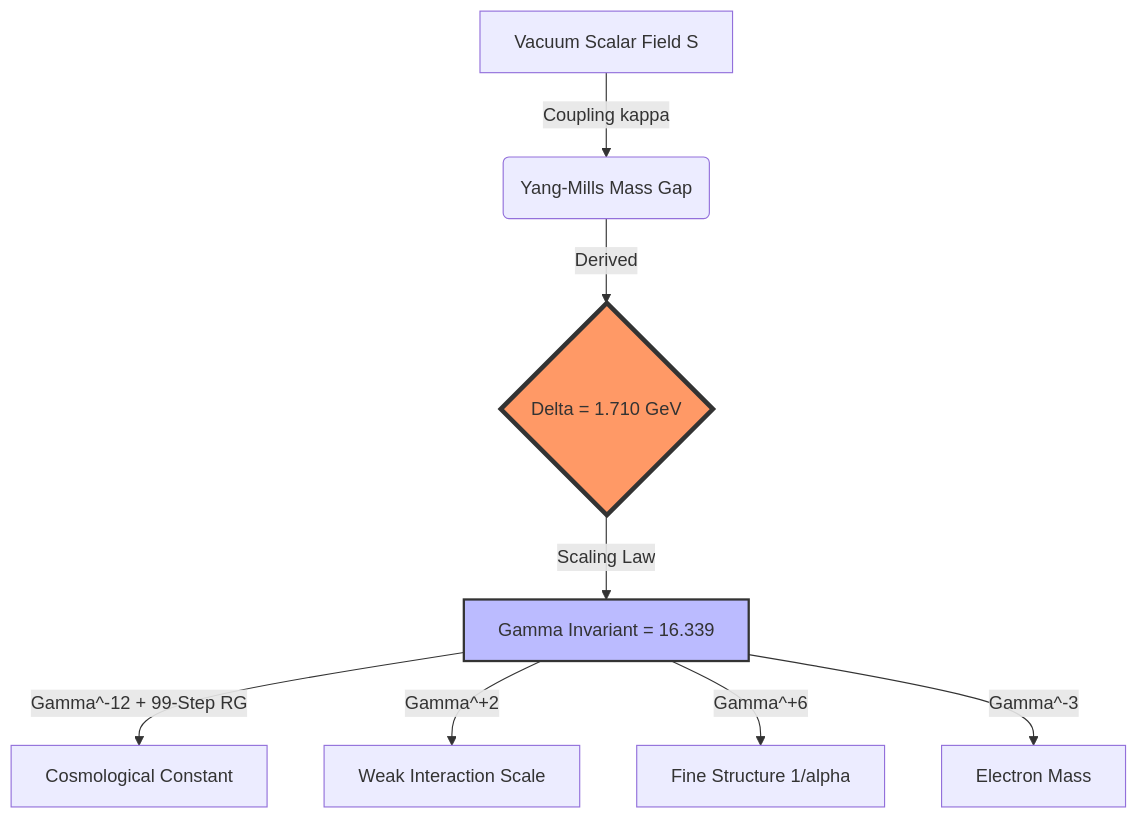
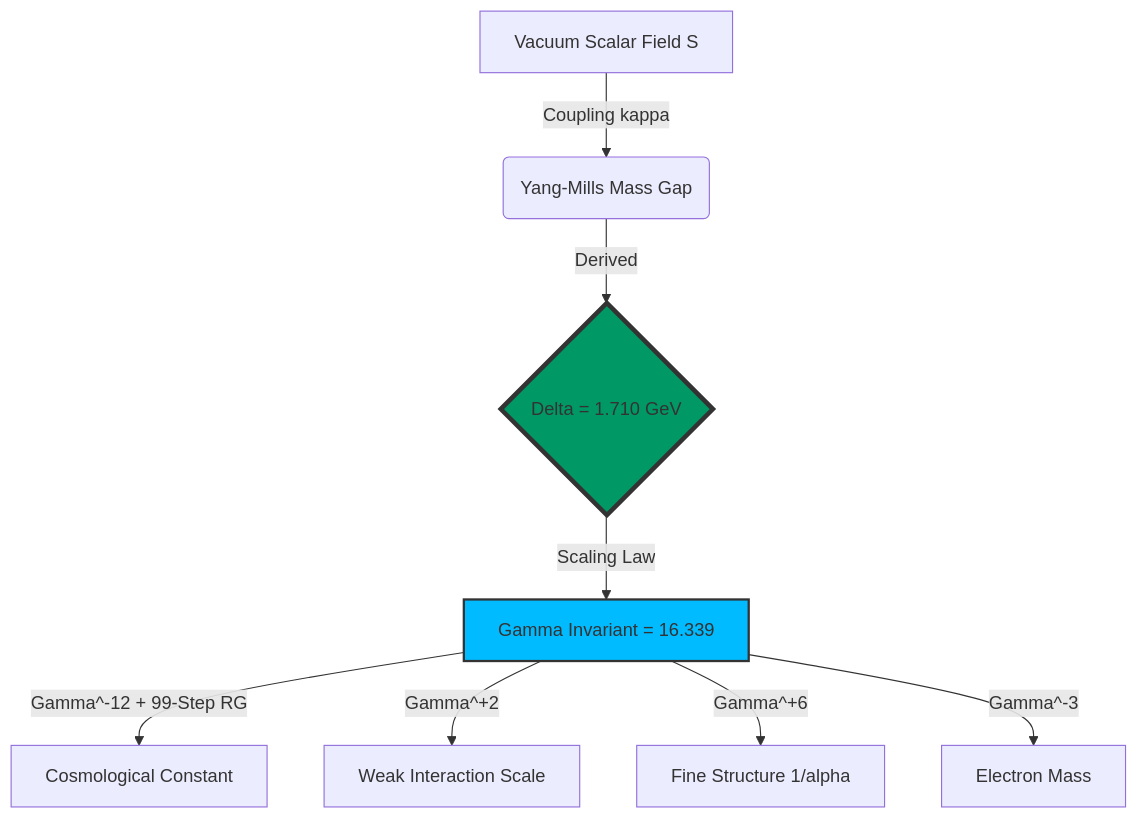
One commit to badbugsarts-hue/UIDT-Framework-V3.2-Canonical changed the diagram in README.md. Above: the diagram before and after it, drawn with Mermaid.

Commit message:
Update styles for C and D in README.md

`````diff
--- a/README.md
+++ b/README.md
@@ -52,14 +52,14 @@
 ```mermaid
 graph TD
     A[Vacuum Scalar Field S] -->|Coupling kappa| B(Yang-Mills Mass Gap);
     B -->|Derived| C{Delta = 1.710 GeV};
     C -->|Scaling Law| D[Gamma Invariant = 16.339];
     
     D -->|Gamma^-12 + 99-Step RG| E[Cosmological Constant];
     D -->|Gamma^+2| F[Weak Interaction Scale];
     D -->|Gamma^+6| G[Fine Structure 1/alpha];
     D -->|Gamma^-3| H[Electron Mass];
     
-    style C fill:#f96,stroke:#333,stroke-width:4px
-    style D fill:#bbf,stroke:#333,stroke-width:2px
+    style C fill:#096,stroke:#333,stroke-width:4px
+    style D fill:#0bf,stroke:#333,stroke-width:2px
 ````
`````
